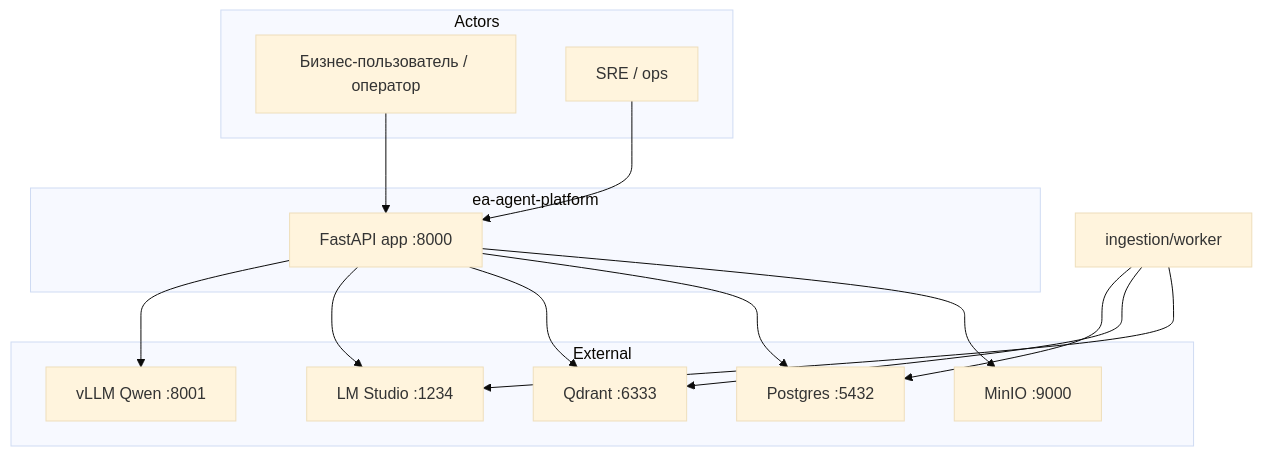
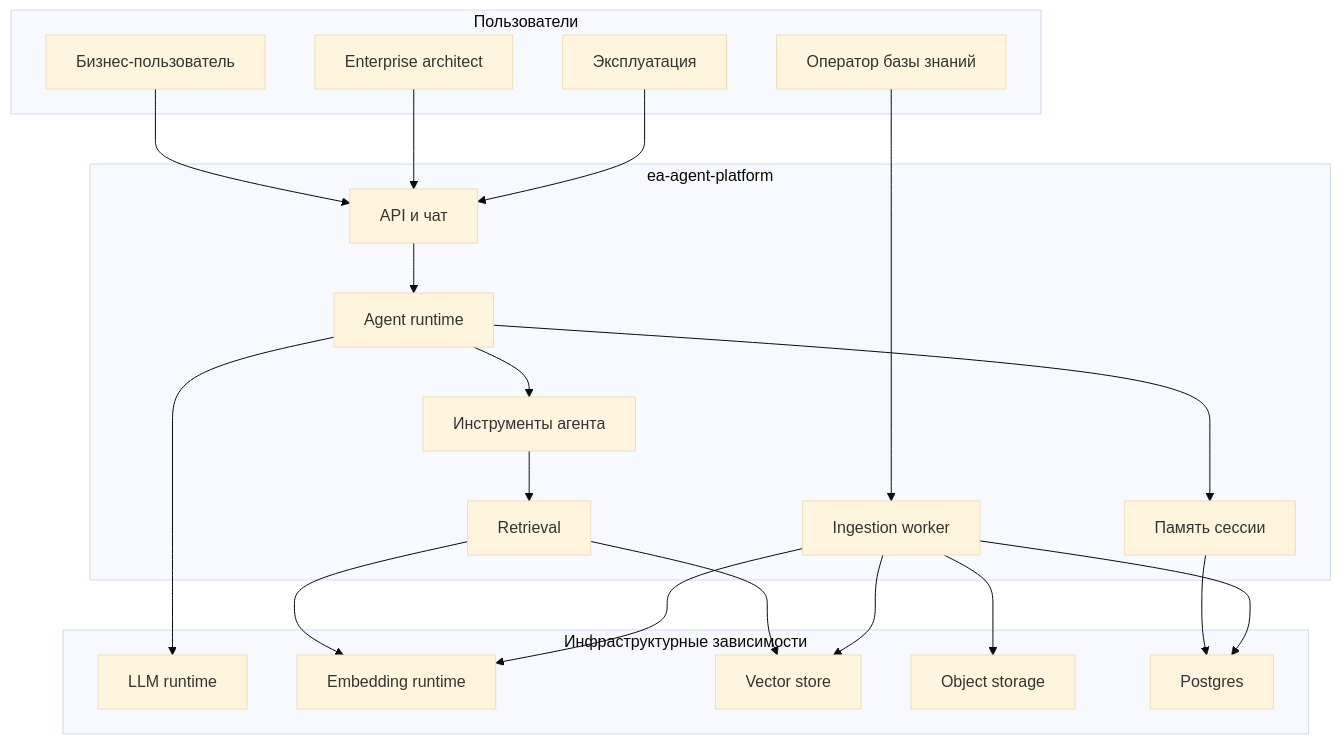
The first of 3 diagrams in docs/generated/03-system-architecture.md (Boldurev16/ea-agent-platform-docs), drawn with Mermaid (base theme) before and after one commit. The commit also changed other lines of this file and 51 other files, not shown here.

````diff
--- a/docs/generated/03-system-architecture.md
+++ b/docs/generated/03-system-architecture.md
@@ -5,30 +7,43 @@
 ```mermaid
 flowchart TB
-    subgraph Actors
-        User["Бизнес-пользователь / оператор"]
-        Ops["SRE / ops"]
-    end
+  subgraph actors["Пользователи"]
+    businessUser["Бизнес-пользователь"]
+    architect["Enterprise architect"]
+    operator["Оператор базы знаний"]
+    support["Эксплуатация"]
+  end
 
-    subgraph ea["ea-agent-platform"]
-        API["FastAPI app :8000"]
-    end
+  subgraph platform["ea-agent-platform"]
+    api["API и чат"]
+    agent["Agent runtime"]
+    tools["Инструменты агента"]
+    retrieval["Retrieval"]
+    ingestion["Ingestion worker"]
+    memory["Память сессии"]
+  end
 
-    subgraph External
-        vLLM["vLLM Qwen :8001"]
-        LMS["LM Studio :1234"]
-        QD["Qdrant :6333"]
-        PG["Postgres :5432"]
-        MINIO["MinIO :9000"]
-    end
+  subgraph infra["Инфраструктурные зависимости"]
+    llm["LLM runtime"]
+    embeddings["Embedding runtime"]
+    vectorDb["Vector store"]
+    objectStore["Object storage"]
+    database["Postgres"]
+  end
 
-    User --> API
-    Ops --> API
-    API --> vLLM
-    API --> LMS
-    API --> QD
-    API --> PG
-    API --> MINIO
-    Worker["ingestion/worker"] --> PG
-    Worker --> QD
-    Worker --> LMS
+  businessUser --> api
+  architect --> api
+  operator --> ingestion
+  support --> api
+  api --> agent
+  agent --> llm
+  agent --> tools
+  tools --> retrieval
+  retrieval --> embeddings
+  retrieval --> vectorDb
+  ingestion --> embeddings
+  ingestion --> vectorDb
+  ingestion --> objectStore
+  agent --> memory
+  memory --> database
+  ingestion --> database
 ```
````
